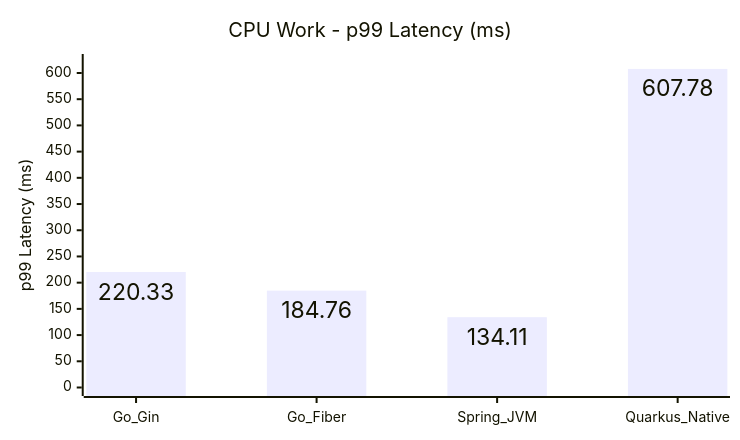
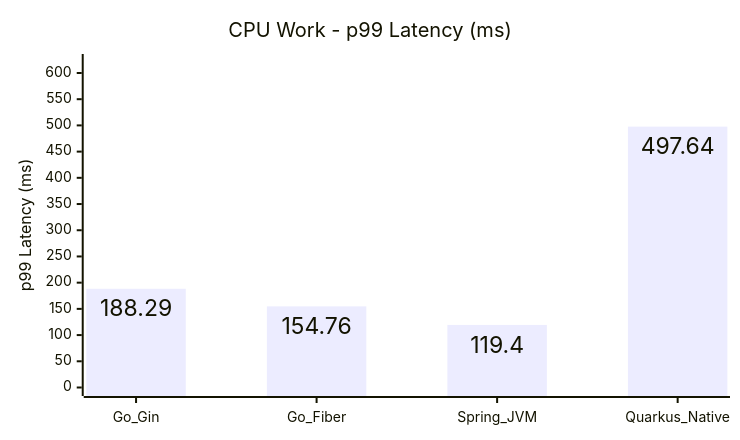
Before and after one commit to hiiamtin/go-vs-java: diagram 11 of 15 in COMPARISON_REPORT.md, drawn with Mermaid. The commit also changed other lines of this file and 93 other files, not shown here.

````diff
--- a/COMPARISON_REPORT.md
+++ b/COMPARISON_REPORT.md
@@ -206,14 +206,14 @@
 ```mermaid
 ---
 config:
   xyChart:
     width: 720
     height: 420
     showDataLabel: true
 ---
 xychart
     title "CPU Work - p99 Latency (ms)"
     x-axis [Go_Gin, Go_Fiber, Spring_JVM, Quarkus_Native]
     y-axis "p99 Latency (ms)" 0 --> 620
-    bar [220.33, 184.76, 134.11, 607.78]
+    bar [188.29, 154.76, 119.40, 497.64]
 ```
````
